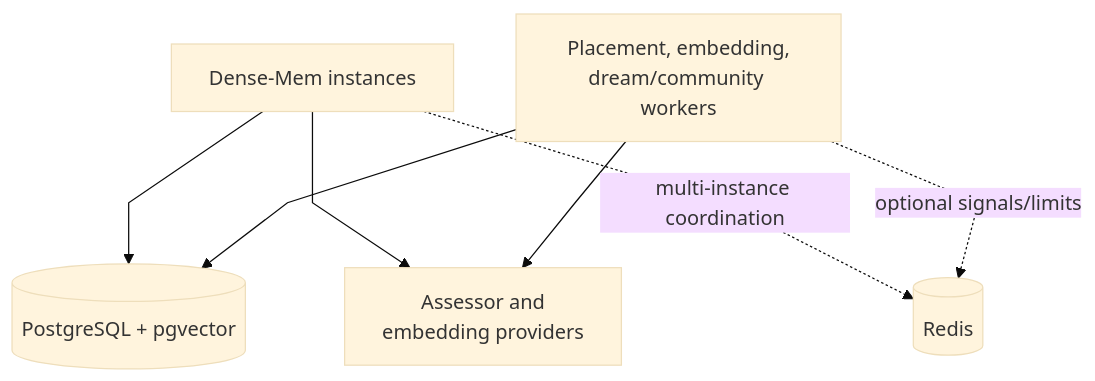
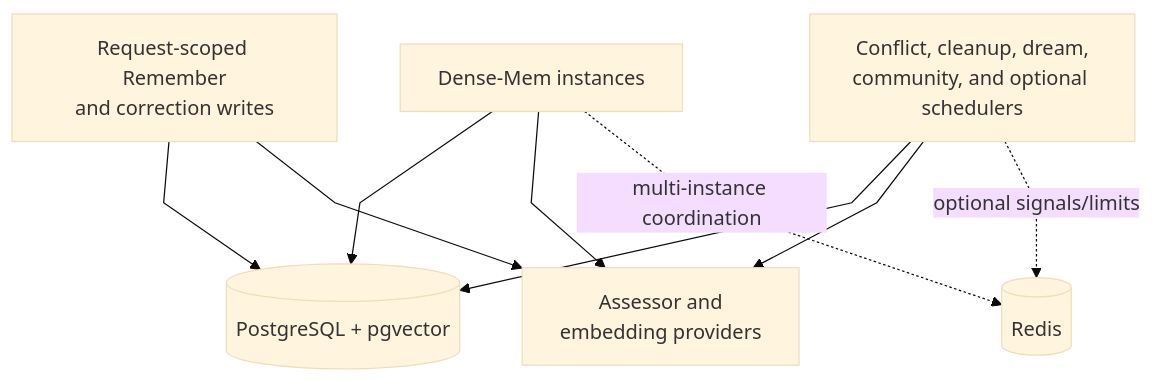
One commit to markhuangai/dense-mem changed the first of 10 diagrams in Operations-Runbook.md. Above: the diagram before and after it, drawn with Mermaid (base theme). The commit also changed other lines of this file and 24 other files, not shown here.

````diff
--- a/Operations-Runbook.md
+++ b/Operations-Runbook.md
@@ -17,10 +24,12 @@
 ```mermaid
 %%{init: {"flowchart": {"curve": "linear"}}}%%
 flowchart TB
   Server["Dense-Mem instances"] --> PG[("PostgreSQL + pgvector")]
   Server --> AI["Assessor and<br/>embedding providers"]
   Server -. "multi-instance coordination" .-> Redis[("Redis")]
-  Workers["Placement, embedding,<br/>dream/community workers"] --> PG
-  Workers --> AI
-  Workers -. "optional signals/limits" .-> Redis
+  Writes["Request-scoped Remember<br/>and correction writes"] --> PG
+  Writes --> AI
+  Schedulers["Conflict, cleanup, dream,<br/>community, and optional schedulers"] --> PG
+  Schedulers --> AI
+  Schedulers -. "optional signals/limits" .-> Redis
 ```
````
